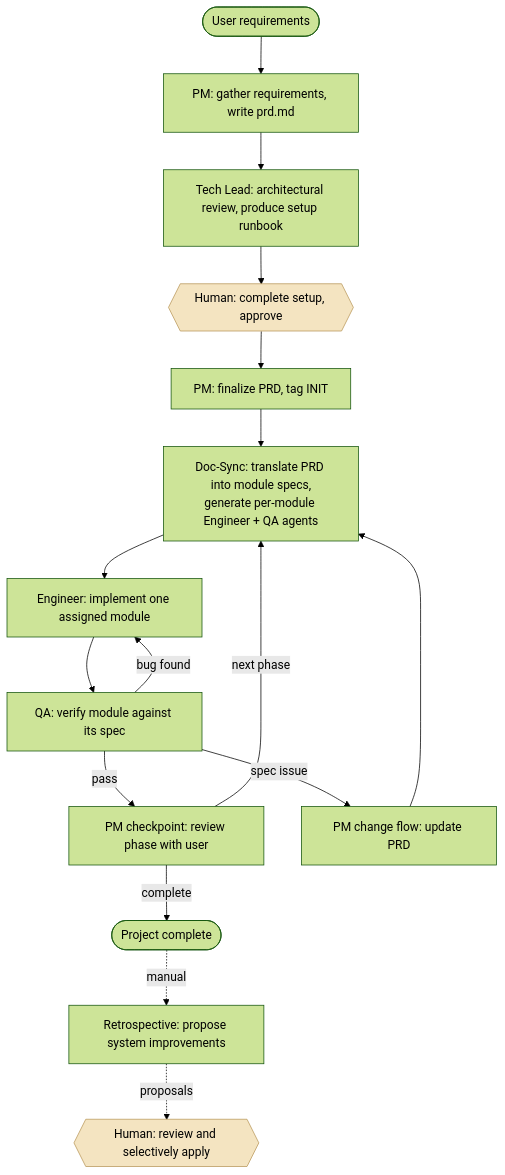
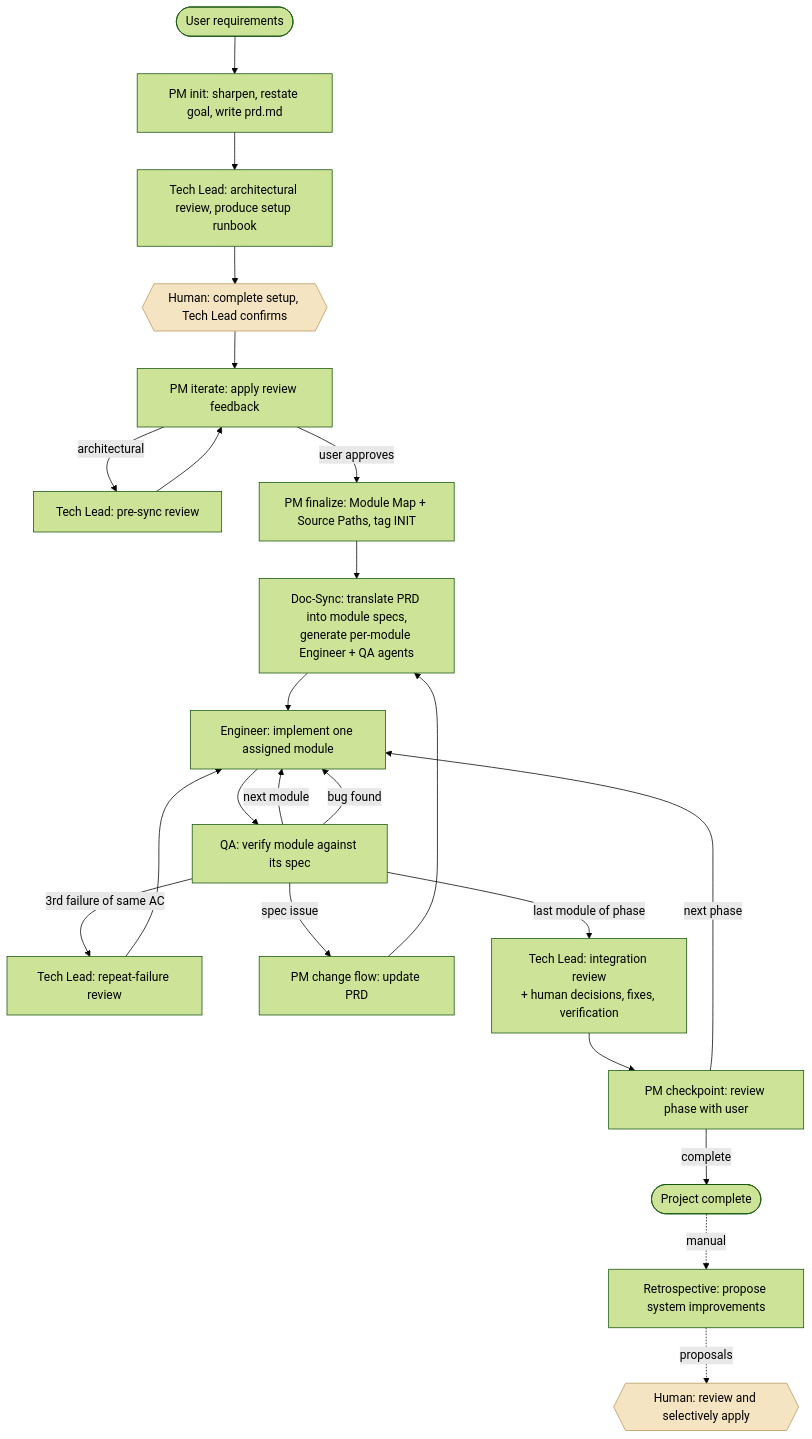
Before and after one commit to LeonWu813/multi-agent-software-development-system: the diagram in README.md, drawn with Mermaid (forest theme). The commit also changed other lines of this file and 24 other files, not shown here.

````diff
--- a/README.md
+++ b/README.md
@@ -22,21 +27,28 @@
 ```mermaid
 flowchart TD
-    U([User requirements]) --> PM1[PM: gather requirements, write prd.md]
+    U([User requirements]) --> PM1[PM init: sharpen, restate goal, write prd.md]
     PM1 --> TL[Tech Lead: architectural review, produce setup runbook]
-    TL --> H1{{Human: complete setup, approve}}
-    H1 --> PM2[PM: finalize PRD, tag INIT]
+    TL --> H1{{Human: complete setup, Tech Lead confirms}}
+    H1 --> PMI[PM iterate: apply review feedback]
+    PMI -->|architectural| TL2[Tech Lead: pre-sync review]
+    TL2 --> PMI
+    PMI -->|user approves| PM2[PM finalize: Module Map + Source Paths, tag INIT]
     PM2 --> DS[Doc-Sync: translate PRD into module specs,<br/>generate per-module Engineer + QA agents]
     DS --> ENG[Engineer: implement one assigned module]
     ENG --> QA[QA: verify module against its spec]
-    QA -->|pass| CP[PM checkpoint: review phase with user]
+    QA -->|next module| ENG
     QA -->|bug found| ENG
+    QA -->|3rd failure of same AC| TLR[Tech Lead: repeat-failure review]
+    TLR --> ENG
     QA -->|spec issue| PM3[PM change flow: update PRD]
     PM3 --> DS
-    CP -->|next phase| DS
+    QA -->|last module of phase| IR[Tech Lead: integration review<br/>+ human decisions, fixes, verification]
+    IR --> CP[PM checkpoint: review phase with user]
+    CP -->|next phase| ENG
     CP -->|complete| DONE([Project complete])
     DONE -.manual.-> RETRO[Retrospective: propose system improvements]
     RETRO -.proposals.-> H2{{Human: review and selectively apply}}
 
     classDef human fill:#f4e4c1,stroke:#b8975a,color:#000;
     class H1,H2 human;
 ```
````
